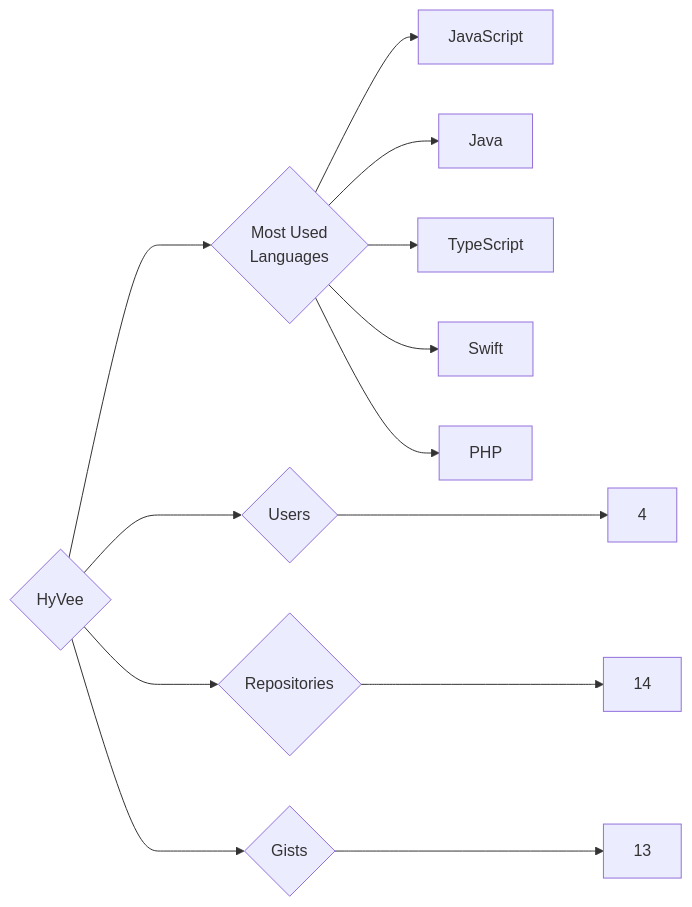
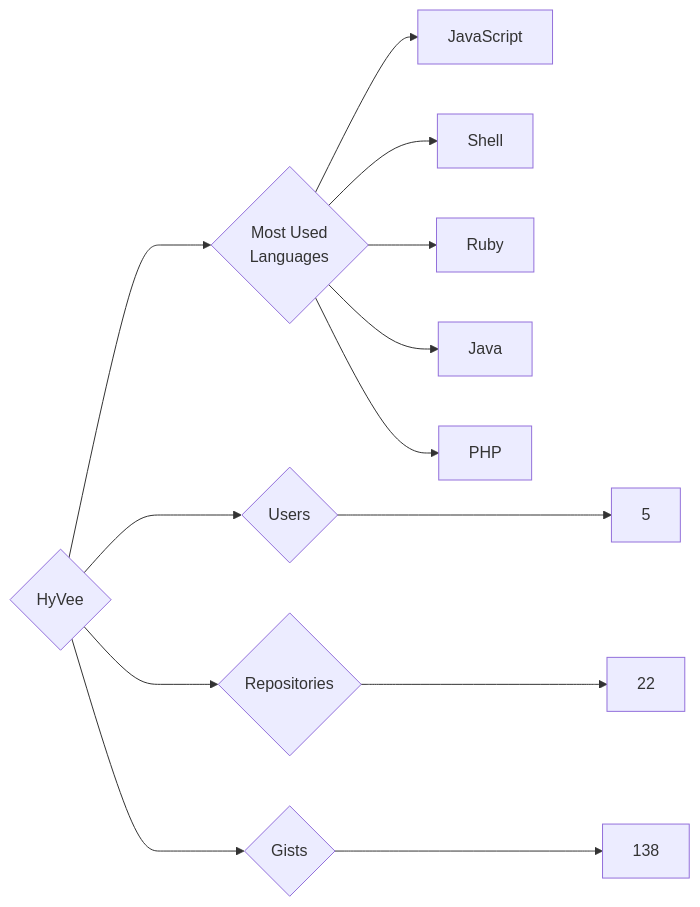
Before and after one commit to trickest/insiders: the diagram in targets/HyVee/README.md, drawn with Mermaid. The commit also changed 861 other files, not shown here.

````diff
--- a/targets/HyVee/README.md
+++ b/targets/HyVee/README.md
@@ -3,13 +3,13 @@
 ```mermaid
 graph LR
 COMPANY_NAME{HyVee}
-COMPANY_NAME ---> U{Users} ---> UN[4]
-COMPANY_NAME ---> R{Repositories} ---> RN[14]
-COMPANY_NAME ---> G{Gists} ---> GN[13]
+COMPANY_NAME ---> U{Users} ---> UN[5]
+COMPANY_NAME ---> R{Repositories} ---> RN[22]
+COMPANY_NAME ---> G{Gists} ---> GN[138]
 COMPANY_NAME ---> ML{Most Used<br>Languages}
 ML --> JavaScript[JavaScript]
+ML --> Shell[Shell]
+ML --> Ruby[Ruby]
 ML --> Java[Java]
-ML --> TypeScript[TypeScript]
-ML --> Swift[Swift]
 ML --> PHP[PHP]
 ```
````
